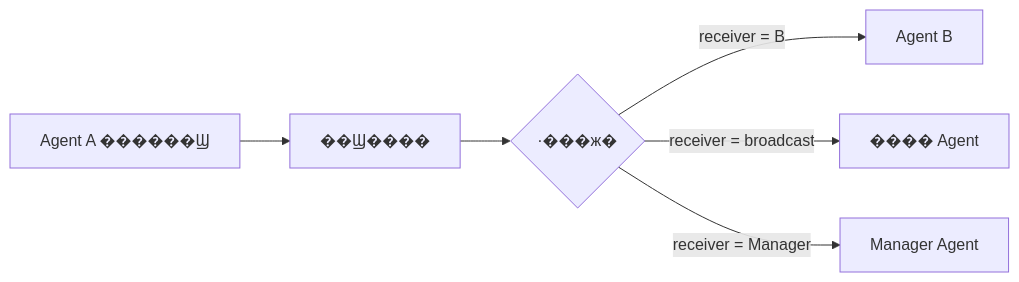
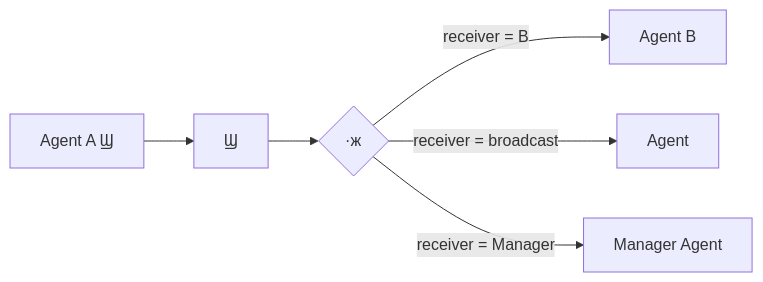
The fourth of 8 diagrams in content/post/ai-interview/多Agent系统如何设计.zh-CN.md (TimeHunter618/hugo-maid-code), drawn with Mermaid before and after one commit. The commit also changed other lines of this file and 55 other files, not shown here.

````diff
--- a/content/post/ai-interview/多Agent系统如何设计.zh-CN.md
+++ b/content/post/ai-interview/多Agent系统如何设计.zh-CN.md
@@ -227,8 +227,8 @@
 ```mermaid
 graph LR
-    A[Agent A ������Ϣ] --> B[��Ϣ����]
-    B --> C{·���ж�}
+    A[Agent A Ϣ] --> B[Ϣ]
+    B --> C{·ж}
     C -->|receiver = B| D[Agent B]
-    C -->|receiver = broadcast| E[���� Agent]
+    C -->|receiver = broadcast| E[ Agent]
     C -->|receiver = Manager| F[Manager Agent]
 ```
````
